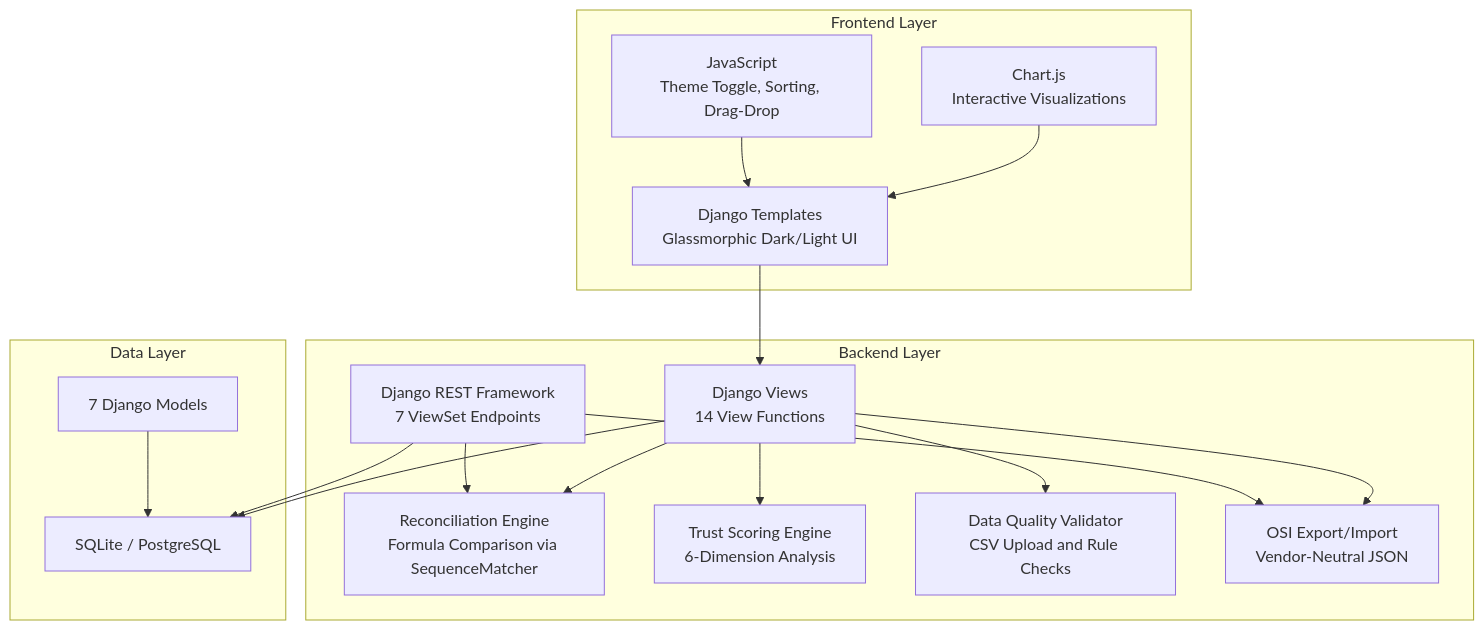
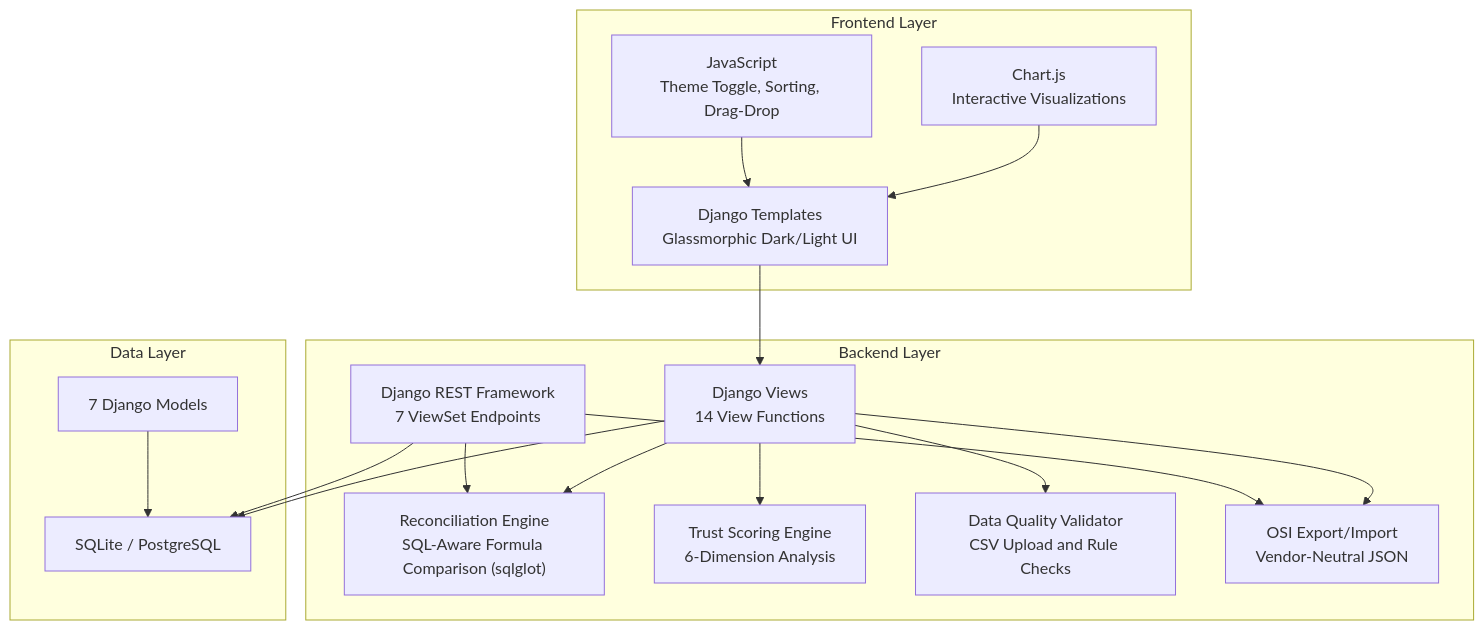
Before and after one commit to somesh-ghaturle/1-Trillion-AI-Problem: the second of 5 diagrams in README.md, drawn with Mermaid. The commit also changed other lines of this file and 3 other files, not shown here.

````diff
--- a/README.md
+++ b/README.md
@@ -83,35 +83,35 @@
 ```mermaid
 flowchart TB
     subgraph Frontend["Frontend Layer"]
         TMPL["Django Templates<br/>Glassmorphic Dark/Light UI"]
         CJS["Chart.js<br/>Interactive Visualizations"]
         JS["JavaScript<br/>Theme Toggle, Sorting, Drag-Drop"]
     end
 
     subgraph Backend["Backend Layer"]
         DV["Django Views<br/>14 View Functions"]
         DRF["Django REST Framework<br/>7 ViewSet Endpoints"]
-        RE["Reconciliation Engine<br/>Formula Comparison via SequenceMatcher"]
+        RE["Reconciliation Engine<br/>SQL-Aware Formula Comparison (sqlglot)"]
         TE["Trust Scoring Engine<br/>6-Dimension Analysis"]
         DQV["Data Quality Validator<br/>CSV Upload and Rule Checks"]
         OSI_EXP["OSI Export/Import<br/>Vendor-Neutral JSON"]
     end
 
     subgraph Data["Data Layer"]
         DB["SQLite / PostgreSQL"]
         MOD["7 Django Models"]
     end
 
     TMPL --> DV
     CJS --> TMPL
     JS --> TMPL
     DV --> RE
     DV --> TE
     DV --> DQV
     DV --> OSI_EXP
     DRF --> RE
     DRF --> OSI_EXP
     DV --> DB
     DRF --> DB
     MOD --> DB
 ```
````
